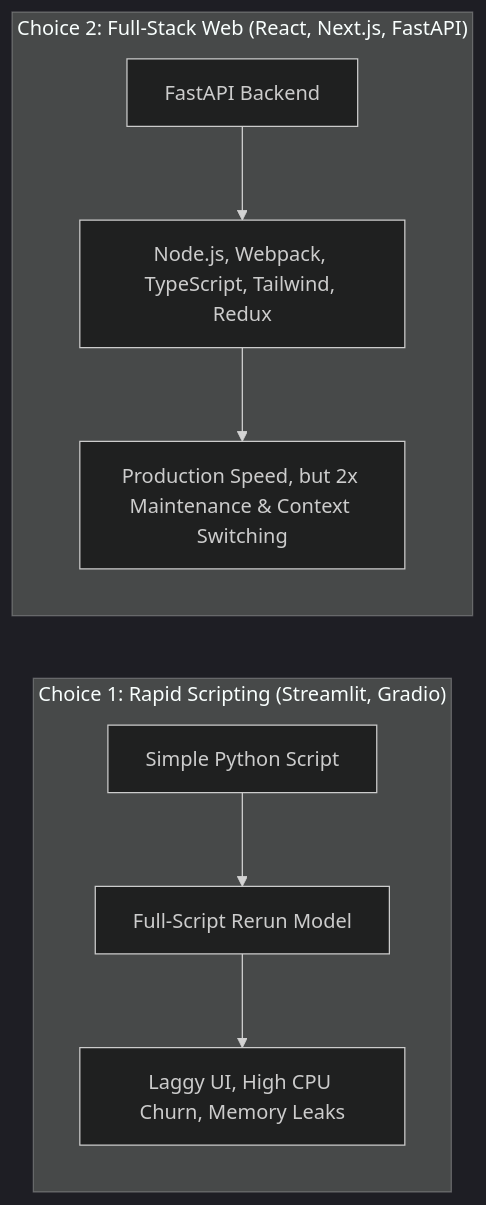
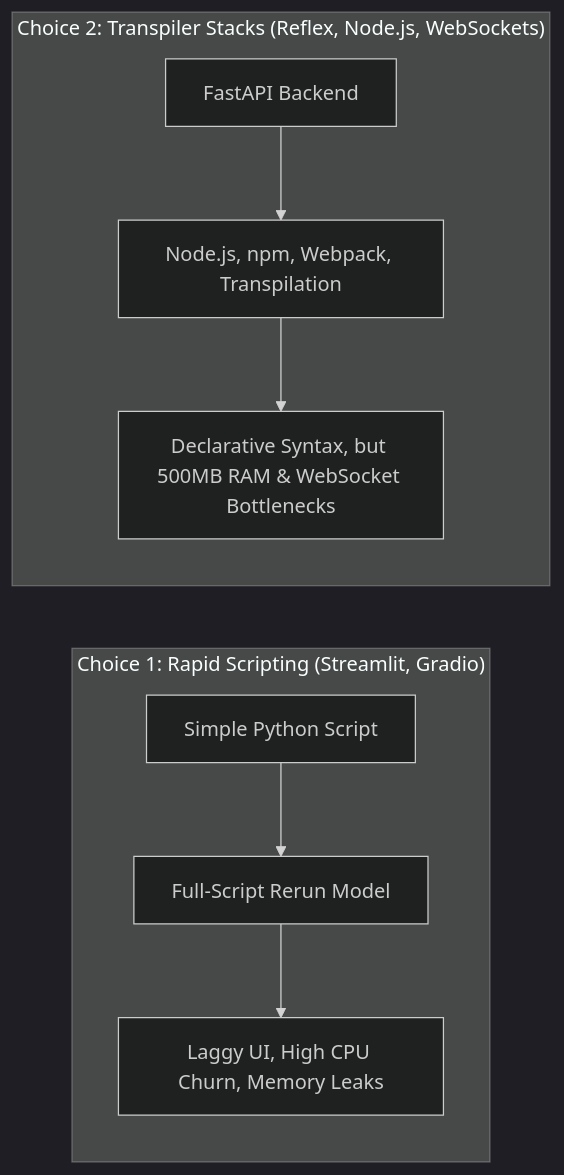
The first of 2 diagrams in docs/BLOG_POST_LAUNCH.md (rajboopathiking/pydataui), drawn with Mermaid (dark theme) before and after one commit. The commit also changed other lines of this file and 18 other files, not shown here.

````diff
--- a/docs/BLOG_POST_LAUNCH.md
+++ b/docs/BLOG_POST_LAUNCH.md
@@ -17,12 +17,12 @@
 ```mermaid
 flowchart LR
     subgraph RapidPrototyping["Choice 1: Rapid Scripting (Streamlit, Gradio)"]
         A["Simple Python Script"] --> B["Full-Script Rerun Model"]
         B --> C["Laggy UI, High CPU Churn, Memory Leaks"]
     end
 
-    subgraph ComplexStack["Choice 2: Full-Stack Web (React, Next.js, FastAPI)"]
-        D["FastAPI Backend"] --> E["Node.js, Webpack, TypeScript, Tailwind, Redux"]
-        E --> F["Production Speed, but 2x Maintenance & Context Switching"]
+    subgraph ComplexStack["Choice 2: Transpiler Stacks (Reflex, Node.js, WebSockets)"]
+        D["FastAPI Backend"] --> E["Node.js, npm, Webpack, Transpilation"]
+        E --> F["Declarative Syntax, but 500MB RAM & WebSocket Bottlenecks"]
     end
 ```
````
